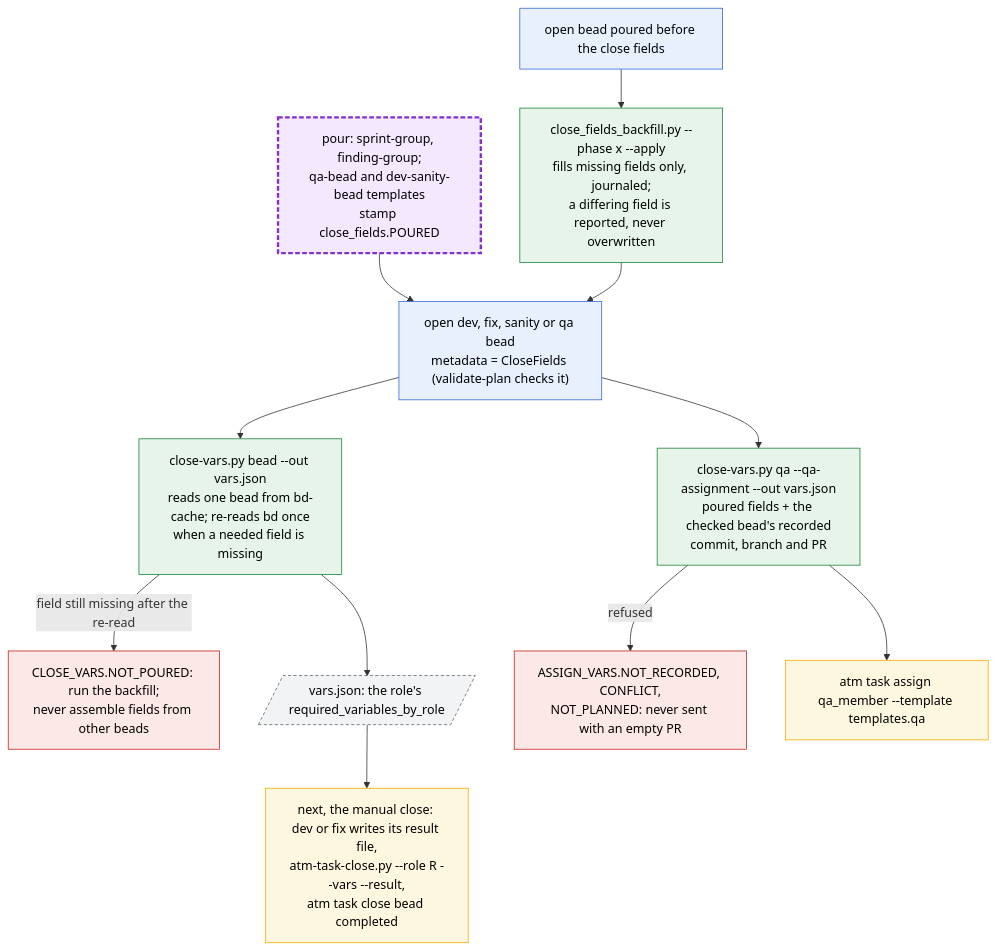
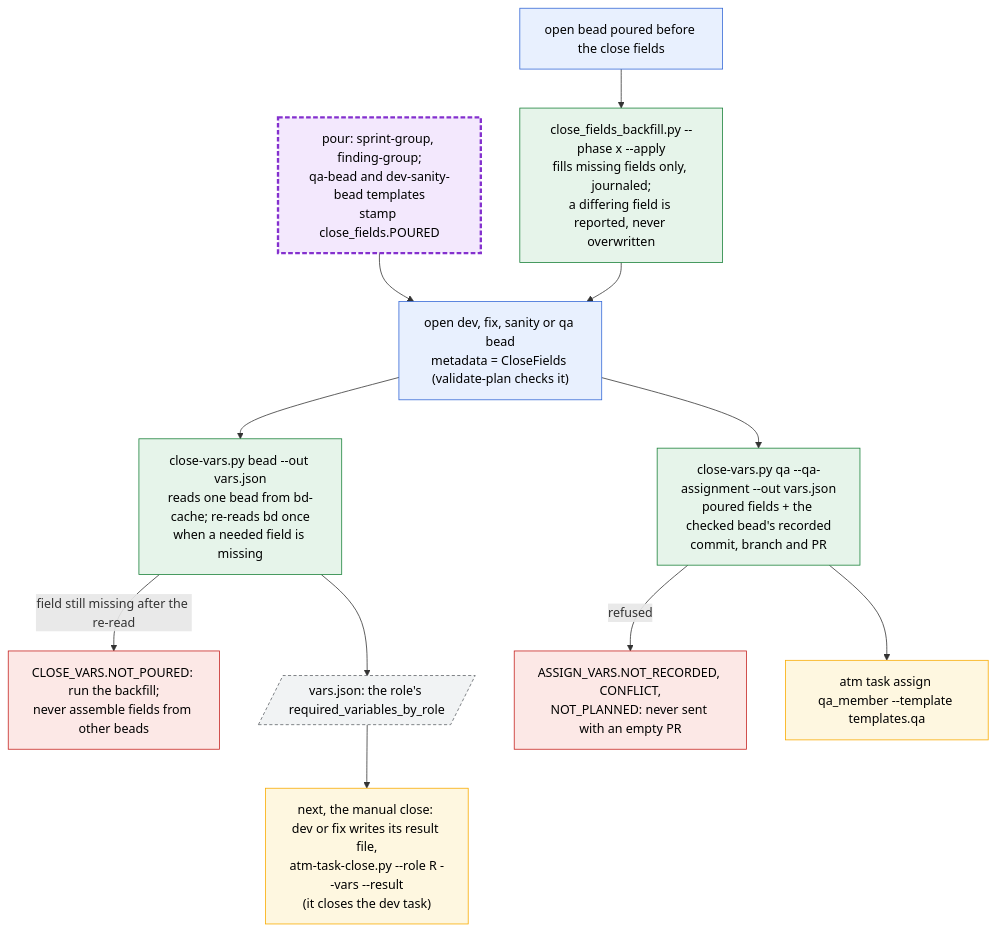
The third of 3 diagrams in docs/diagrams/close-hooks.md (rahul05ranjan/atm-bd-orchestration), drawn with Mermaid before and after one commit.

Commit message:
docs: the close script closes the dev task; no hand close

````diff
--- a/docs/diagrams/close-hooks.md
+++ b/docs/diagrams/close-hooks.md
@@ -111,30 +111,30 @@
 ```mermaid
 flowchart TB
   classDef tmpl fill:#e8f0fe,stroke:#3367d6,color:#000
   classDef poured fill:#f3e8fd,stroke:#8430ce,stroke-width:3px,stroke-dasharray:6 3,color:#000
   classDef script fill:#e6f4ea,stroke:#188038,color:#000
   classDef file fill:#f1f3f4,stroke:#5f6368,stroke-dasharray:4 3,color:#000
   classDef atm fill:#fef7e0,stroke:#f9ab00,color:#000
   classDef bad fill:#fce8e6,stroke:#c5221f,color:#000
 
   POUR["pour: sprint-group, finding-group;<br/>qa-bead and dev-sanity-bead templates<br/>stamp close_fields.POURED"]:::poured
   OLD["open bead poured before the close fields"]:::tmpl
   BF["close_fields_backfill.py --phase x --apply<br/>fills missing fields only, journaled;<br/>a differing field is reported, never overwritten"]:::script
   BEAD["open dev, fix, sanity or qa bead<br/>metadata = CloseFields (validate-plan checks it)"]:::tmpl
   CV["close-vars.py bead --out vars.json<br/>reads one bead from bd-cache; re-reads bd once<br/>when a needed field is missing"]:::script
   NP["CLOSE_VARS.NOT_POURED: run the backfill;<br/>never assemble fields from other beads"]:::bad
   VJ[/"vars.json: the role's required_variables_by_role"/]:::file
-  NEXT["next, the manual close: dev or fix writes its result file,<br/>atm-task-close.py --role R --vars --result,<br/>atm task close bead completed"]:::atm
+  NEXT["next, the manual close: dev or fix writes its result file,<br/>atm-task-close.py --role R --vars --result<br/>(it closes the dev task)"]:::atm
   QV["close-vars.py qa --qa-assignment --out vars.json<br/>poured fields + the checked bead's recorded<br/>commit, branch and PR"]:::script
   QR["ASSIGN_VARS.NOT_RECORDED, CONFLICT,<br/>NOT_PLANNED: never sent with an empty PR"]:::bad
   QA["atm task assign qa_member --template templates.qa"]:::atm
 
   POUR --> BEAD
   OLD --> BF --> BEAD
   BEAD --> CV
   CV -- "field still missing after the re-read" --> NP
   CV --> VJ --> NEXT
   BEAD --> QV
   QV -- refused --> QR
   QV --> QA
 ```
````
